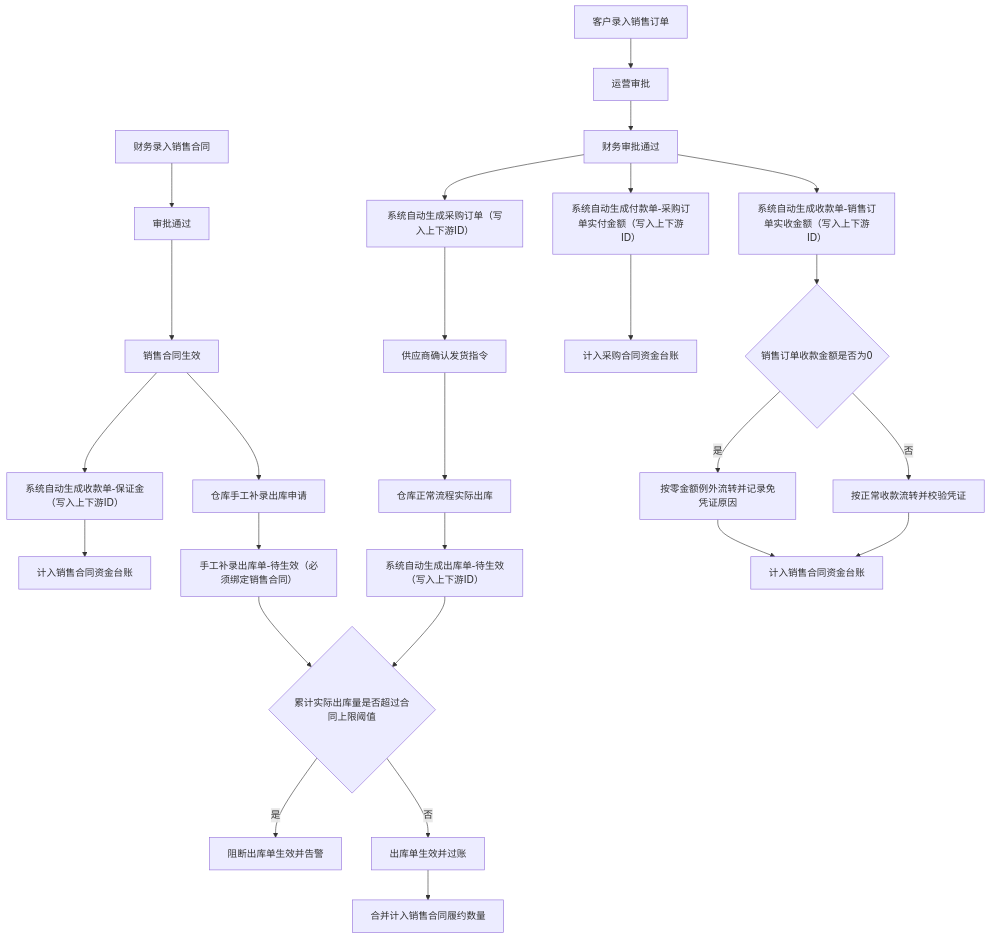
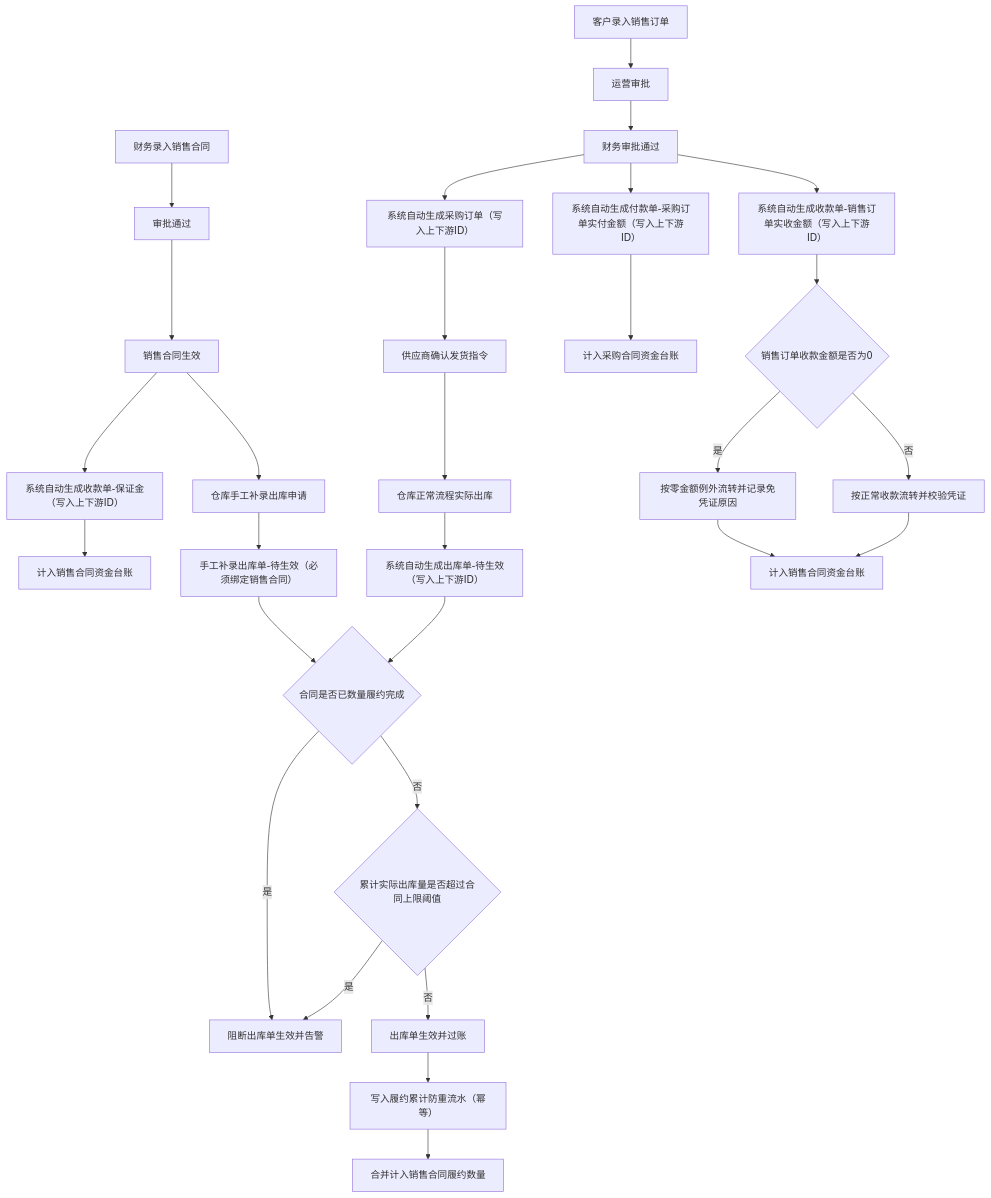
One commit to nancyxjp2019/jgport-supply changed the second of 12 diagrams in docs/V6阶段A-流程图状态机与UI原型清单.md. Above: the diagram before and after it, drawn with Mermaid. The commit also changed other lines of this file and 4 other files, not shown here.

````diff
--- a/docs/V6阶段A-流程图状态机与UI原型清单.md
+++ b/docs/V6阶段A-流程图状态机与UI原型清单.md
@@ -33,28 +35,31 @@
 ```mermaid
 flowchart TD
     A[财务录入销售合同] --> B[审批通过]
     B --> C[销售合同生效]
     C --> D[系统自动生成收款单-保证金（写入上下游ID）]
     C --> N1[仓库手工补录出库申请]
     E[客户录入销售订单] --> F[运营审批]
     F --> G[财务审批通过]
     G --> H[系统自动生成采购订单（写入上下游ID）]
     G --> I[系统自动生成付款单-采购订单实付金额（写入上下游ID）]
     G --> J[系统自动生成收款单-销售订单实收金额（写入上下游ID）]
     H --> K[供应商确认发货指令]
     K --> L1[仓库正常流程实际出库]
     L1 --> M1[系统自动生成出库单-待生效（写入上下游ID）]
     N1 --> M2[手工补录出库单-待生效（必须绑定销售合同）]
-    M1 --> U{累计实际出库量是否超过合同上限阈值}
-    M2 --> U
-    U -->|是| V[阻断出库单生效并告警]
+    M1 --> U0{合同是否已数量履约完成}
+    M2 --> U0
+    U0 -->|是| V[阻断出库单生效并告警]
+    U0 -->|否| U{累计实际出库量是否超过合同上限阈值}
+    U -->|是| V
     U -->|否| W[出库单生效并过账]
-    W --> N[合并计入销售合同履约数量]
+    W --> W1[写入履约累计防重流水（幂等）]
+    W1 --> N[合并计入销售合同履约数量]
     J --> R{销售订单收款金额是否为0}
     R -->|是| S[按零金额例外流转并记录免凭证原因]
     R -->|否| T[按正常收款流转并校验凭证]
     D --> O[计入销售合同资金台账]
     I --> P[计入采购合同资金台账]
     S --> Q[计入销售合同资金台账]
     T --> Q[计入销售合同资金台账]
 ```
````
